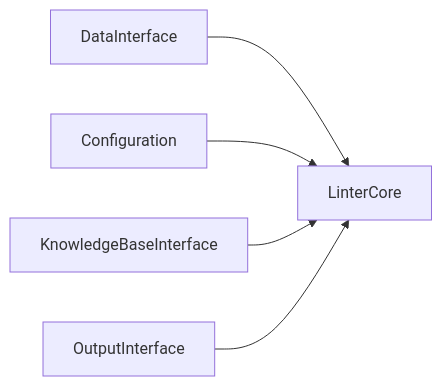
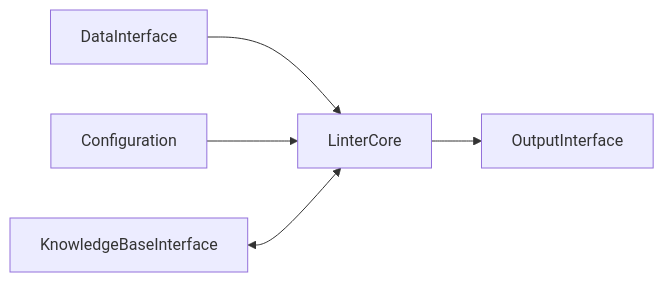
The second of 2 diagrams in docs/src/index.md (zgornel/DataLinter), drawn with Mermaid before and after one commit. The commit also changed other lines of this file and 6 other files, not shown here.

````diff
--- a/docs/src/index.md
+++ b/docs/src/index.md
@@ -79,7 +85,7 @@
 ```mermaid
- graph LR
-    D[DataInterface] --> L[LinterCore]
-    C[Configuration] --> L
-    K[KnowledgeBaseInterface] --> L
-    O[OutputInterface]-->L
+graph LR
+   D[DataInterface] --> L[LinterCore]
+   C[Configuration] --> L
+   K[KnowledgeBaseInterface] <--> L
+   L --> O[OutputInterface]
 ```
````
